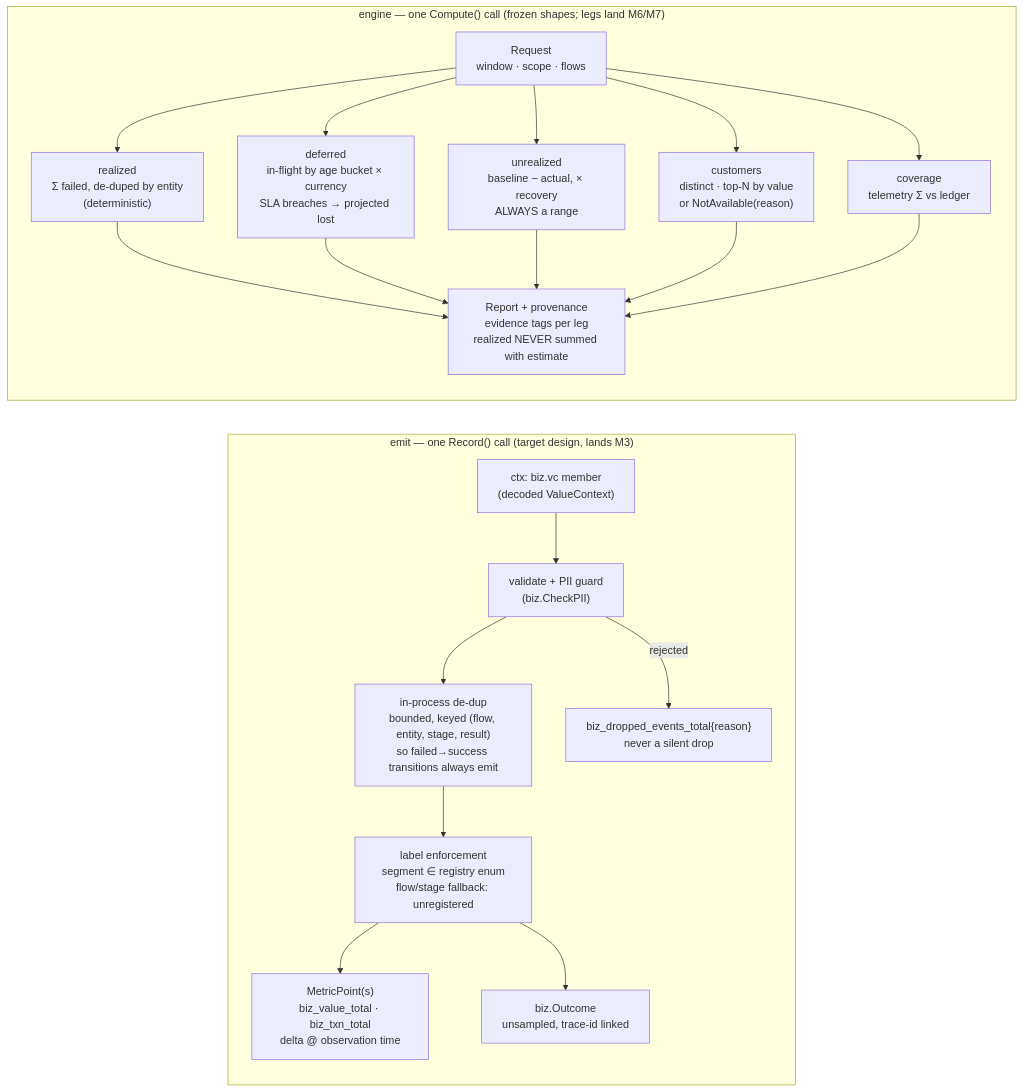
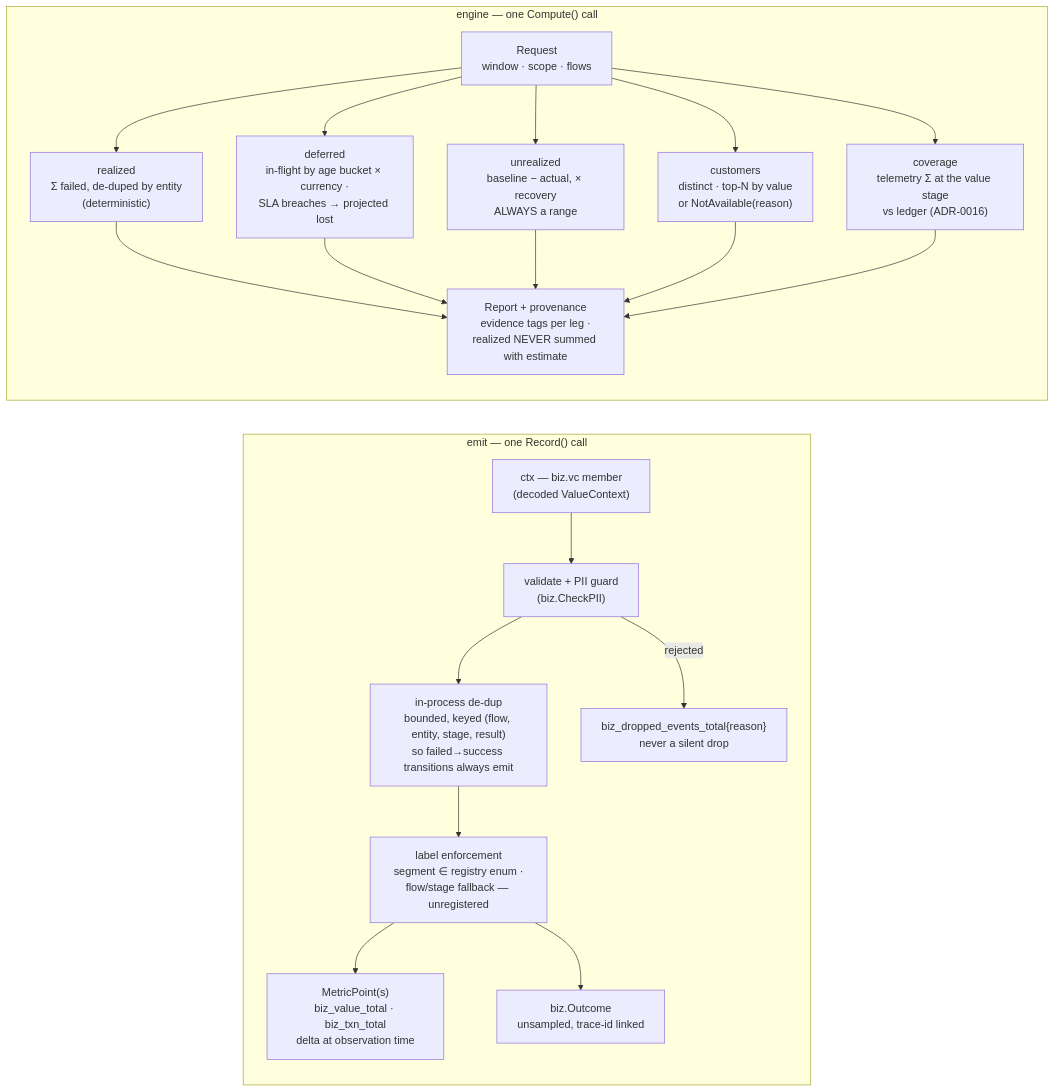
One commit to NightWatchEng/shortfall changed the diagram in docs/architecture/c4-l3-components.md. Above: the diagram before and after it, drawn with Mermaid. The commit also changed other lines of this file and 10 other files, not shown here.

First line of the commit message:
docs: diagrams render + agentops idiom, quickstart clarity, lean README (workspace-gai) (#67)

````diff
--- a/docs/architecture/c4-l3-components.md
+++ b/docs/architecture/c4-l3-components.md
@@ -10,27 +9,27 @@
 ```mermaid
 flowchart LR
-    subgraph capture["emit — one Record() call (target design, lands M3)"]
-        CTX["ctx: biz.vc member<br/>(decoded ValueContext)"]
+    subgraph capture["emit — one Record() call"]
+        CTX["ctx — biz.vc member<br/>(decoded ValueContext)"]
         VAL["validate + PII guard<br/>(biz.CheckPII)"]
         DEDUP["in-process de-dup<br/>bounded, keyed (flow, entity, stage, result)<br/>so failed→success transitions always emit"]
-        LABELS["label enforcement<br/>segment ∈ registry enum<br/>flow/stage fallback: unregistered"]
-        MP["MetricPoint(s)<br/>biz_value_total · biz_txn_total<br/>delta @ observation time"]
+        LABELS["label enforcement<br/>segment ∈ registry enum ·<br/>flow/stage fallback — unregistered"]
+        MP["MetricPoint(s)<br/>biz_value_total · biz_txn_total<br/>delta at observation time"]
         OUT["biz.Outcome<br/>unsampled, trace-id linked"]
         DROP["biz_dropped_events_total{reason}<br/>never a silent drop"]
     end
     CTX --> VAL --> DEDUP --> LABELS
     LABELS --> MP
     LABELS --> OUT
-    VAL -->|rejected| DROP
+    VAL -->|"rejected"| DROP
 
-    subgraph engine["engine — one Compute() call (frozen shapes; legs land M6/M7)"]
+    subgraph engine["engine — one Compute() call"]
         REQ["Request<br/>window · scope · flows"]
         REAL["realized<br/>Σ failed, de-duped by entity<br/>(deterministic)"]
-        DEF["deferred<br/>in-flight by age bucket × currency<br/>SLA breaches → projected lost"]
+        DEF["deferred<br/>in-flight by age bucket × currency ·<br/>SLA breaches → projected lost"]
         UNREAL["unrealized<br/>baseline − actual, × recovery<br/>ALWAYS a range"]
         CUST["customers<br/>distinct · top-N by value<br/>or NotAvailable(reason)"]
-        COV["coverage<br/>telemetry Σ vs ledger"]
-        REP["Report + provenance<br/>evidence tags per leg<br/>realized NEVER summed with estimate"]
+        COV["coverage<br/>telemetry Σ at the value stage<br/>vs ledger (ADR-0016)"]
+        REP["Report + provenance<br/>evidence tags per leg ·<br/>realized NEVER summed with estimate"]
     end
     REQ --> REAL & DEF & UNREAL & CUST & COV --> REP
 ```
````
